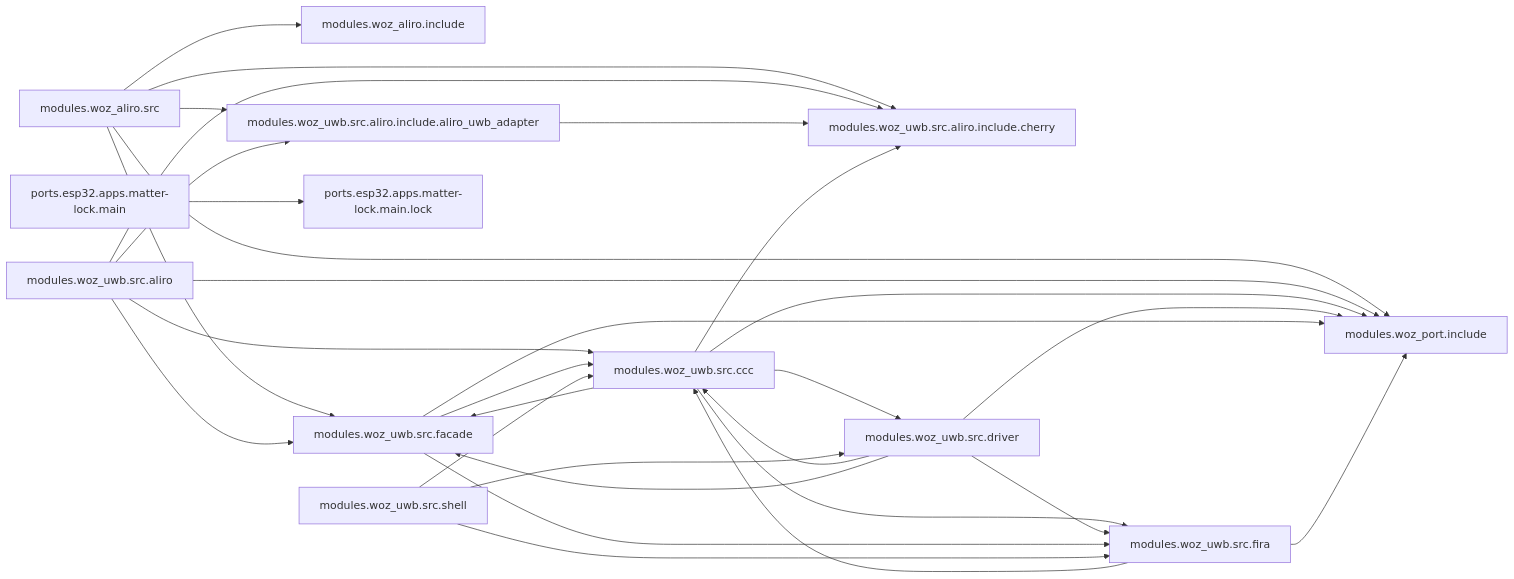
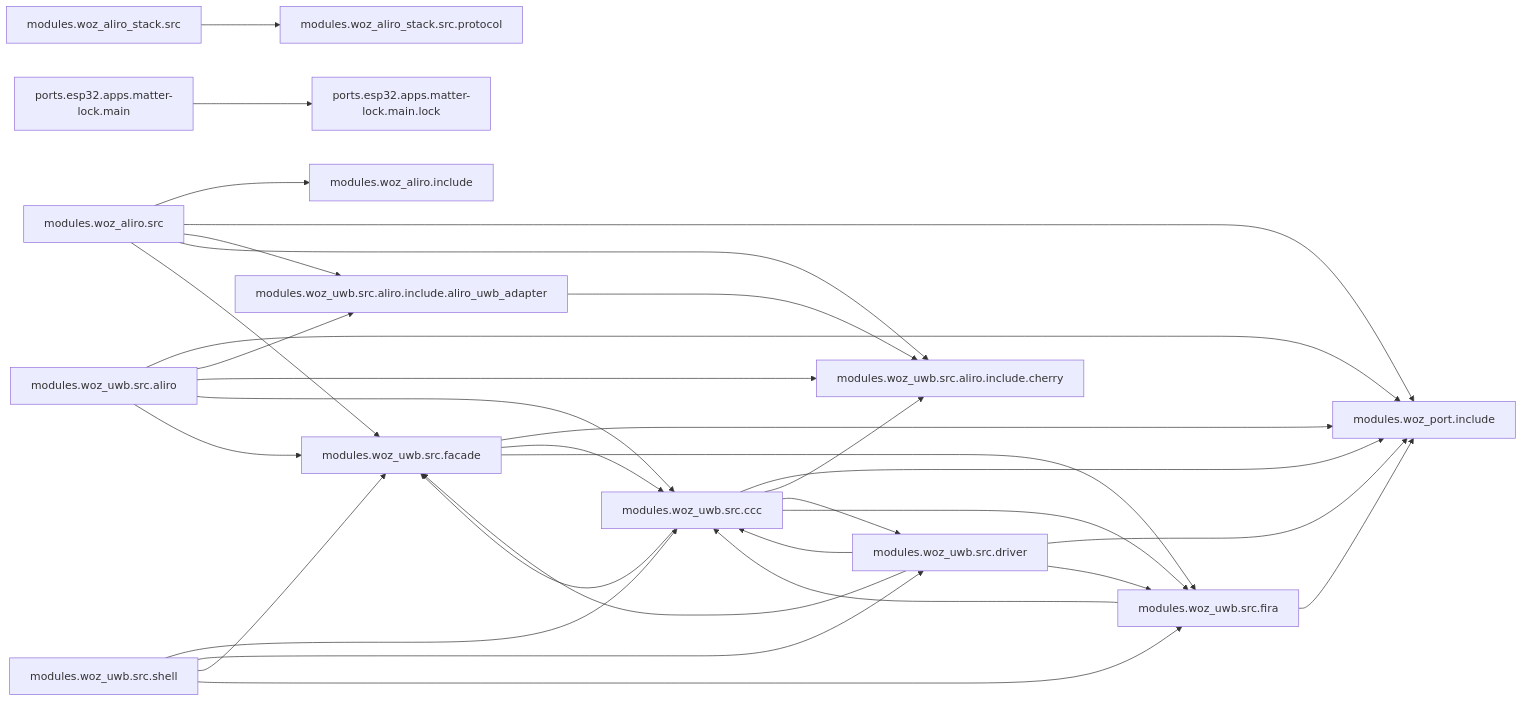
The diagram in docs/ARCHITECTURE.md (jonathan-shc/UWB), drawn with Mermaid before and after one commit. The commit also changed other lines of this file and 53 other files, not shown here.

````diff
--- a/docs/ARCHITECTURE.md
+++ b/docs/ARCHITECTURE.md
@@ -6,32 +6,34 @@
 ```mermaid
 flowchart LR
   modules.woz_aliro.src --> modules.woz_aliro.include
   modules.woz_aliro.src --> modules.woz_port.include
   modules.woz_aliro.src --> modules.woz_uwb.src.aliro.include.aliro_uwb_adapter
   modules.woz_aliro.src --> modules.woz_uwb.src.aliro.include.cherry
   modules.woz_aliro.src --> modules.woz_uwb.src.facade
+  modules.woz_aliro_stack.src --> modules.woz_aliro_stack.src.protocol
   modules.woz_uwb.src.aliro --> modules.woz_port.include
   modules.woz_uwb.src.aliro --> modules.woz_uwb.src.aliro.include.aliro_uwb_adapter
   modules.woz_uwb.src.aliro --> modules.woz_uwb.src.aliro.include.cherry
   modules.woz_uwb.src.aliro --> modules.woz_uwb.src.ccc
   modules.woz_uwb.src.aliro --> modules.woz_uwb.src.facade
   modules.woz_uwb.src.aliro.include.aliro_uwb_adapter --> modules.woz_uwb.src.aliro.include.cherry
   modules.woz_uwb.src.ccc --> modules.woz_port.include
   modules.woz_uwb.src.ccc --> modules.woz_uwb.src.aliro.include.cherry
   modules.woz_uwb.src.ccc --> modules.woz_uwb.src.driver
   modules.woz_uwb.src.ccc --> modules.woz_uwb.src.facade
   modules.woz_uwb.src.ccc --> modules.woz_uwb.src.fira
   modules.woz_uwb.src.driver --> modules.woz_port.include
   modules.woz_uwb.src.driver --> modules.woz_uwb.src.ccc
   modules.woz_uwb.src.driver --> modules.woz_uwb.src.facade
   modules.woz_uwb.src.driver --> modules.woz_uwb.src.fira
   modules.woz_uwb.src.facade --> modules.woz_port.include
   modules.woz_uwb.src.facade --> modules.woz_uwb.src.ccc
   modules.woz_uwb.src.facade --> modules.woz_uwb.src.fira
   modules.woz_uwb.src.fira --> modules.woz_port.include
   modules.woz_uwb.src.fira --> modules.woz_uwb.src.ccc
   modules.woz_uwb.src.shell --> modules.woz_uwb.src.ccc
   modules.woz_uwb.src.shell --> modules.woz_uwb.src.driver
+  modules.woz_uwb.src.shell --> modules.woz_uwb.src.facade
   modules.woz_uwb.src.shell --> modules.woz_uwb.src.fira
   ports.esp32.apps.matter-lock.main --> ports.esp32.apps.matter-lock.main.lock
 ```
````
